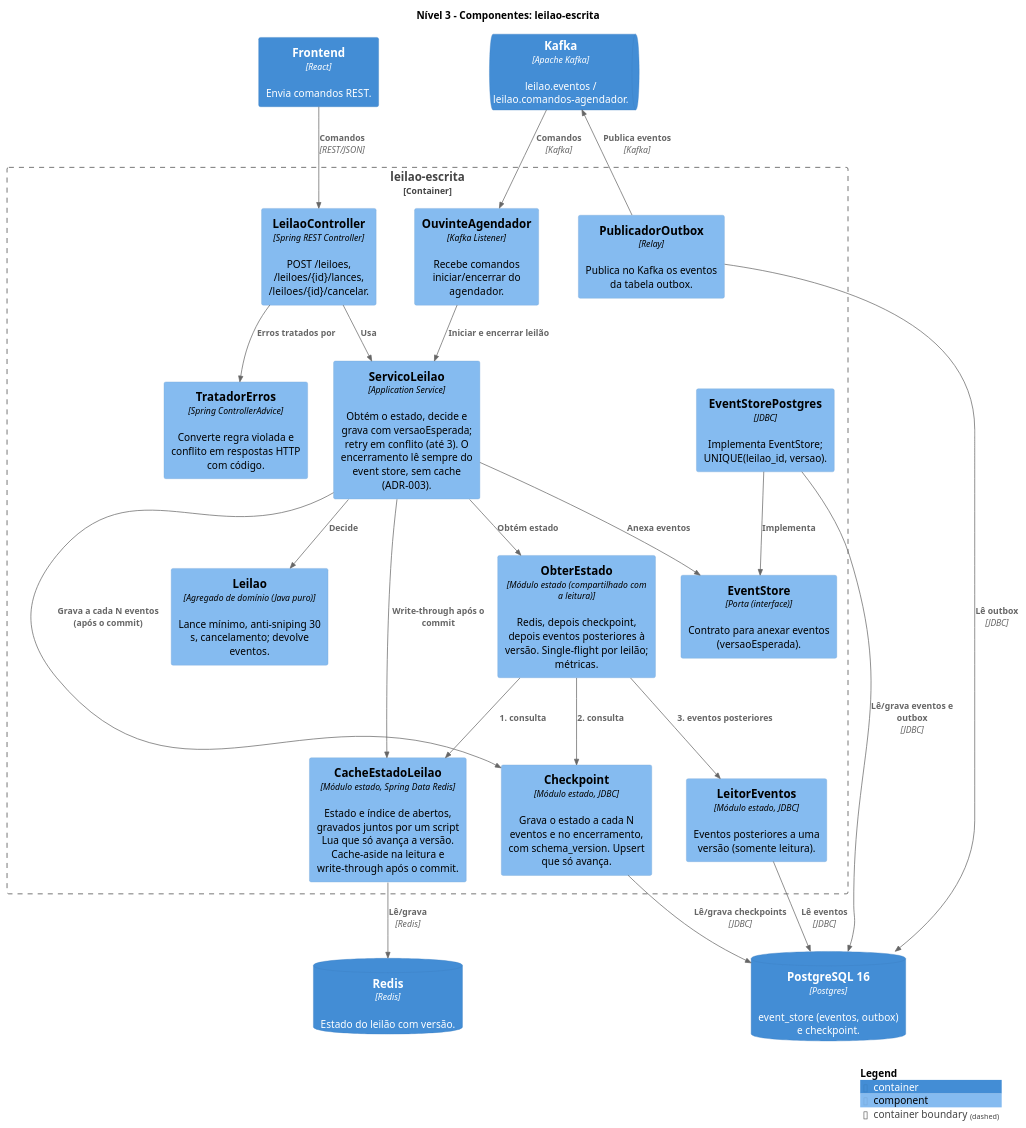
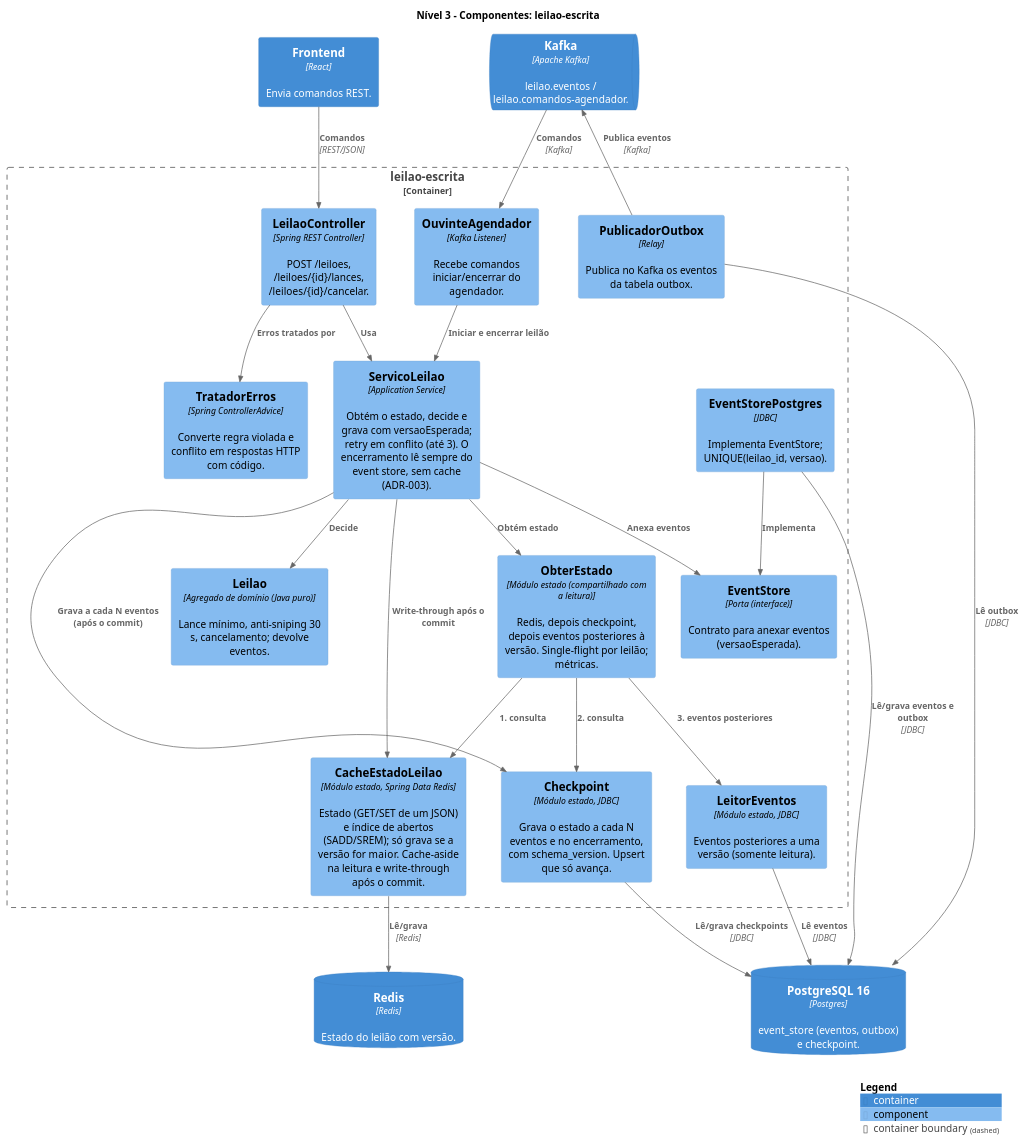
Before and after one commit to Rhuan-aa/online_auction: the diagram in docs/c4/3-componente-escrita/3-componente-escrita.puml, drawn with PlantUML. The commit also changed 6 other files, not shown here.

First line of the commit message:
refactor(estado): Redis só com comandos básicos (GET/SET/MGET e set de abertos)

```diff
--- a/docs/c4/3-componente-escrita/3-componente-escrita.puml
+++ b/docs/c4/3-componente-escrita/3-componente-escrita.puml
@@ -1,48 +1,48 @@
 @startuml 3-componente-escrita
 !include https://raw.githubusercontent.com/plantuml-stdlib/C4-PlantUML/master/C4_Component.puml
 
 title Nível 3 – Componentes: leilao-escrita
 
 ContainerDb(postgres, "PostgreSQL 16", "Postgres", "event_store (eventos, outbox) e checkpoint.")
 ContainerDb(redis, "Redis", "Redis", "Estado do leilão com versão.")
 ContainerQueue(kafka, "Kafka", "Apache Kafka", "leilao.eventos / leilao.comandos-agendador.")
 Container(front, "Frontend", "React", "Envia comandos REST.")
 
 Container_Boundary(escrita, "leilao-escrita") {
   Component(controller, "LeilaoController", "Spring REST Controller", "POST /leiloes, /leiloes/{id}/lances, /leiloes/{id}/cancelar.")
   Component(erros, "TratadorErros", "Spring ControllerAdvice", "Converte regra violada e conflito em respostas HTTP com código.")
   Component(ouvinte, "OuvinteAgendador", "Kafka Listener", "Recebe comandos iniciar/encerrar do agendador.")
   Component(servico, "ServicoLeilao", "Application Service", "Obtém o estado, decide e grava com versaoEsperada; retry em conflito (até 3). O encerramento lê sempre do event store, sem cache (ADR-003).")
   Component(obter, "ObterEstado", "Módulo estado (compartilhado com a leitura)", "Redis, depois checkpoint, depois eventos posteriores à versão. Single-flight por leilão; métricas.")
   Component(porta, "EventStore", "Porta (interface)", "Contrato para anexar eventos (versaoEsperada).")
   Component(leitor, "LeitorEventos", "Módulo estado, JDBC", "Eventos posteriores a uma versão (somente leitura).")
   Component(dominio, "Leilao", "Agregado de domínio (Java puro)", "Lance mínimo, anti-sniping 30 s, cancelamento; devolve eventos.")
   Component(storepg, "EventStorePostgres", "JDBC", "Implementa EventStore; UNIQUE(leilao_id, versao).")
   Component(outbox, "PublicadorOutbox", "Relay", "Publica no Kafka os eventos da tabela outbox.")
   Component(checkpoint, "Checkpoint", "Módulo estado, JDBC", "Grava o estado a cada N eventos e no encerramento, com schema_version. Upsert que só avança.")
-  Component(cache, "CacheEstadoLeilao", "Módulo estado, Spring Data Redis", "Estado e índice de abertos, gravados juntos por um script Lua que só avança a versão. Cache-aside na leitura e write-through após o commit.")
+  Component(cache, "CacheEstadoLeilao", "Módulo estado, Spring Data Redis", "Estado (GET/SET de um JSON) e índice de abertos (SADD/SREM); só grava se a versão for maior. Cache-aside na leitura e write-through após o commit.")
 }
 
 Rel(front, controller, "Comandos", "REST/JSON")
 Rel(controller, servico, "Usa")
 Rel(controller, erros, "Erros tratados por")
 Rel(kafka, ouvinte, "Comandos", "Kafka")
 Rel(ouvinte, servico, "Iniciar e encerrar leilão")
 Rel(servico, obter, "Obtém estado")
 Rel(servico, dominio, "Decide")
 Rel(servico, porta, "Anexa eventos")
 Rel(obter, cache, "1. consulta")
 Rel(obter, checkpoint, "2. consulta")
 Rel(obter, leitor, "3. eventos posteriores")
 Rel(servico, cache, "Write-through após o commit")
 Rel(servico, checkpoint, "Grava a cada N eventos (após o commit)")
 Rel(storepg, porta, "Implementa")
 Rel(storepg, postgres, "Lê/grava eventos e outbox", "JDBC")
 Rel(checkpoint, postgres, "Lê/grava checkpoints", "JDBC")
 Rel(leitor, postgres, "Lê eventos", "JDBC")
 Rel(cache, redis, "Lê/grava", "Redis")
 Rel(outbox, postgres, "Lê outbox", "JDBC")
 Rel(outbox, kafka, "Publica eventos", "Kafka")
 
 SHOW_LEGEND()
 @enduml
```
